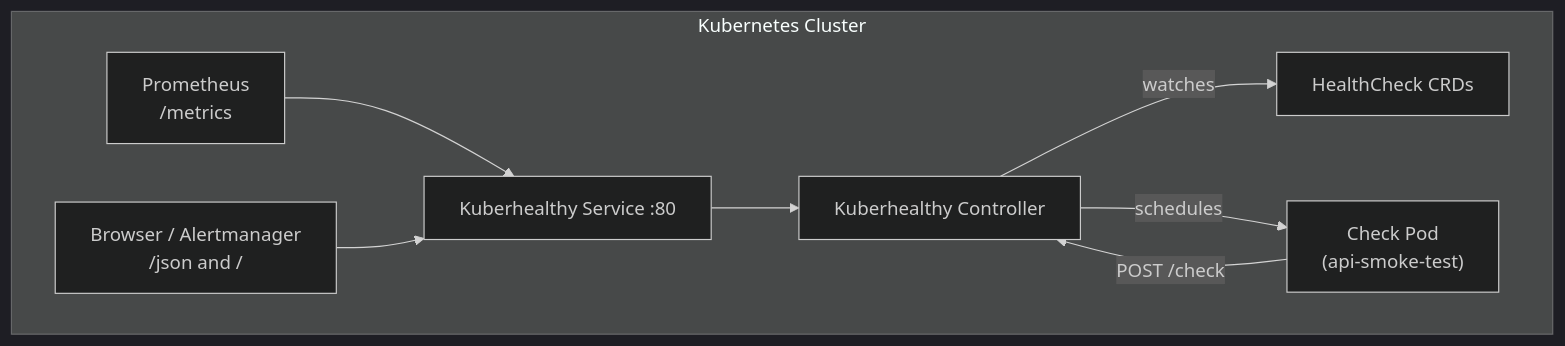
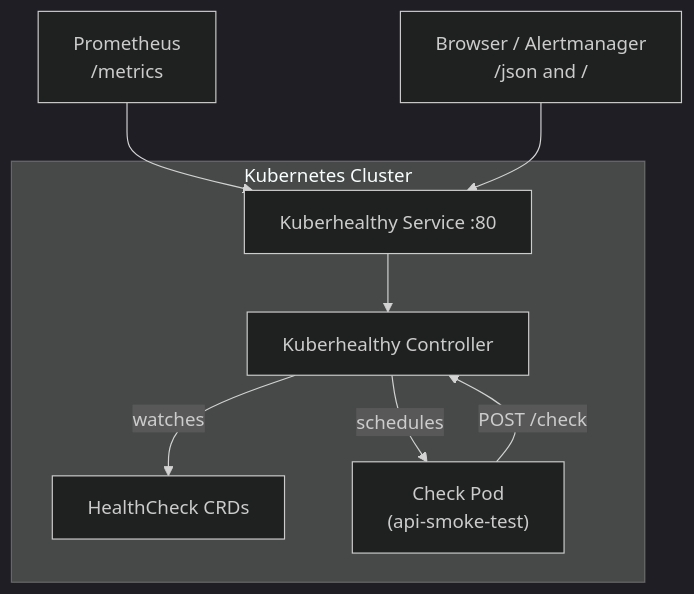
The diagram in README.md (kuberhealthy/kuberhealthy), drawn with Mermaid (dark theme) before and after one commit.

````diff
--- a/README.md
+++ b/README.md
@@ -31,18 +31,20 @@
 ```mermaid
 graph TB
+    prometheus["Prometheus\n/metrics"]
+    browser["Browser / Alertmanager\n/json and /"]
+
     subgraph cluster["Kubernetes Cluster"]
+        svc["Kuberhealthy Service :80"]
         crds["HealthCheck CRDs"]
         controller["Kuberhealthy Controller"]
         pod["Check Pod\n(api-smoke-test)"]
-        svc["Kuberhealthy Service :80"]
-        prometheus["Prometheus\n/metrics"]
-        browser["Browser / Alertmanager\n/json and /"]
 
+        svc --> controller
         controller -->|watches| crds
         controller -->|schedules| pod
         pod -->|"POST /check"| controller
-        svc --> controller
-        prometheus --> svc
-        browser --> svc
     end
+
+    prometheus --> svc
+    browser --> svc
 ```
````
